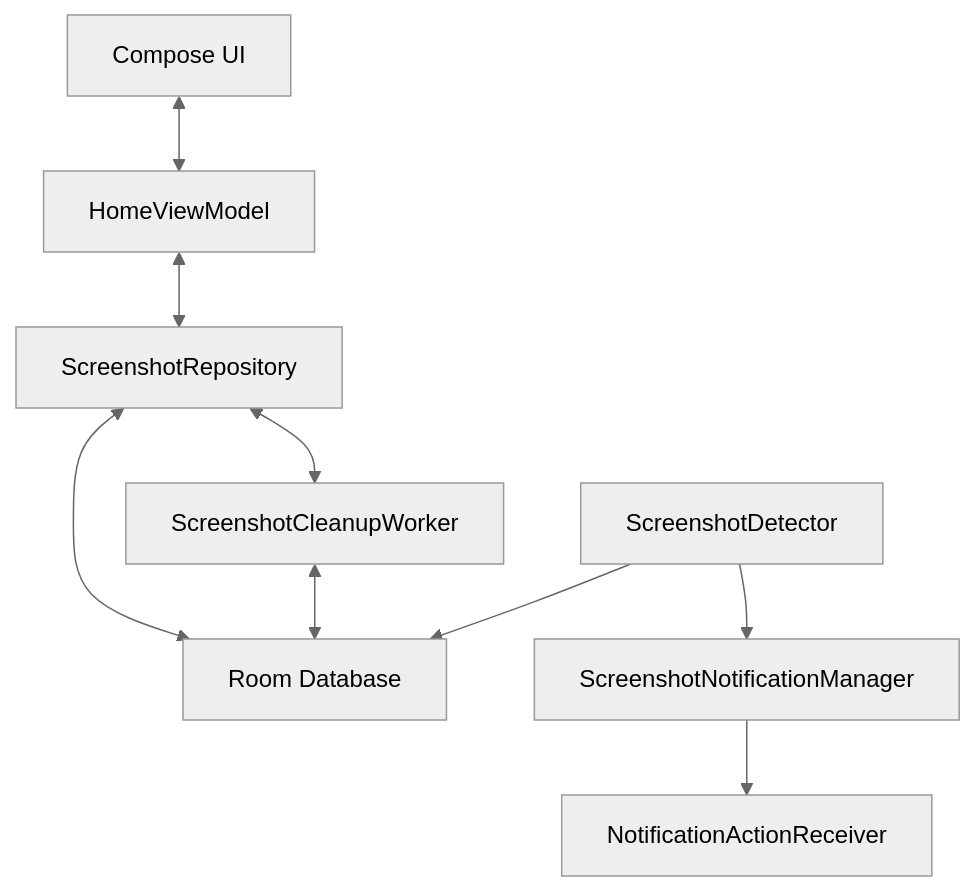
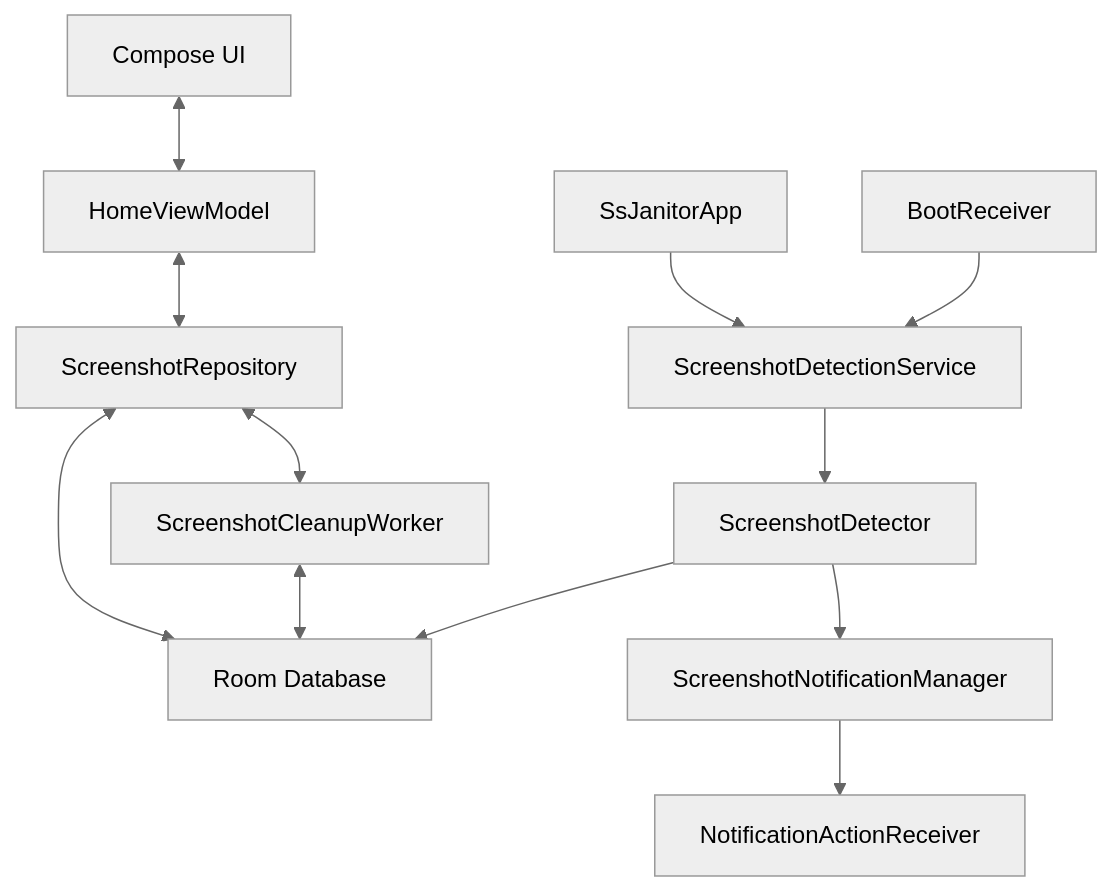
One commit to ShubhamJ010/ScreenshotJanitor changed the diagram in docs/architecture.md. Above: the diagram before and after it, drawn with Mermaid (neutral theme). The commit also changed other lines of this file and 5 other files, not shown here.

````diff
--- a/docs/architecture.md
+++ b/docs/architecture.md
@@ -7,20 +7,26 @@
 ```mermaid
 flowchart
     A[Compose UI]
     B[HomeViewModel]
     C[ScreenshotRepository]
     D[ScreenshotCleanupWorker]
     E[Room Database]
     F[ScreenshotDetector]
     G[ScreenshotNotificationManager]
-    H[NotificationActionReceiver]
+    I[ScreenshotDetectionService]
+    J[BootReceiver]
+    K[NotificationActionReceiver]
+    L[SsJanitorApp]
 
     A <--> B
     B <--> C
     C <--> D
     C <--> E
     D <--> E
+    L --> I
+    I --> F
+    J --> I
     F --> E
     F --> G
-    G --> H
+    G --> K
 ```
````
